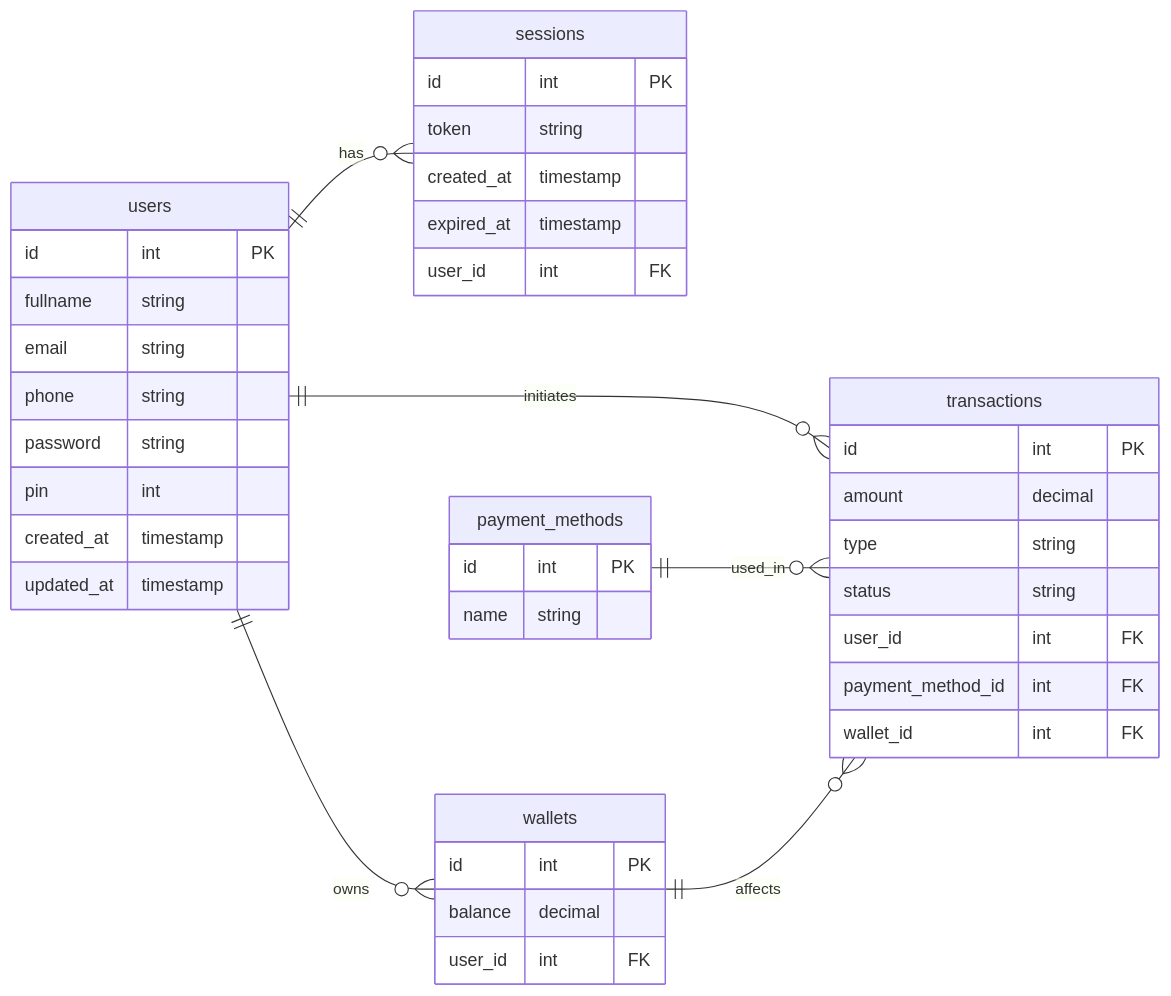
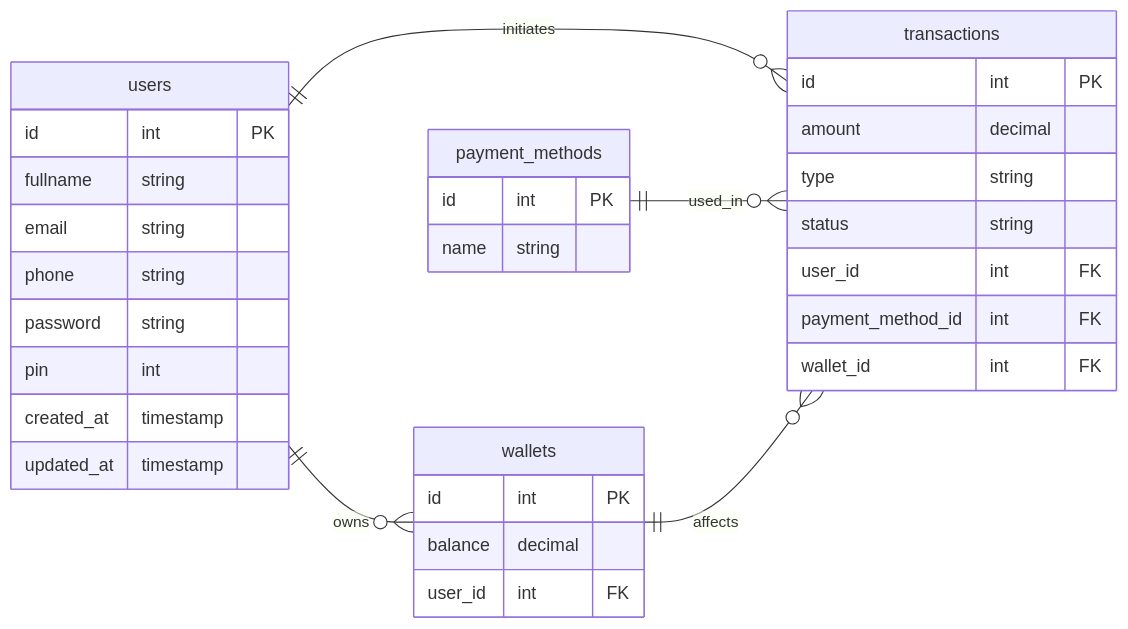
Before and after one commit to VsalCode/fgo24-be-weeklytask: the diagram in README.md, drawn with Mermaid. The commit also changed 4 other files, not shown here.

````diff
--- a/README.md
+++ b/README.md
@@ -5,49 +5,40 @@
   ```mermaid
   erDiagram
   direction LR
-  users ||--o{ sessions : "has"
   users ||--o{ wallets : "owns"
   users ||--o{ transactions : "initiates"
   payment_methods ||--o{ transactions : "used_in"
   wallets ||--o{ transactions : "affects"
 
   users {
     id int PK
     fullname string
     email string
     phone string
     password string
     pin int
     created_at timestamp
     updated_at timestamp
-  }
-
-  sessions {
-    id int PK
-    token string 
-    created_at timestamp
-    expired_at timestamp
-    user_id int FK
   }
 
   payment_methods {
     id int PK
     name string
   }
 
   wallets {
     id int PK
     balance decimal
     user_id int FK 
   }
 
   transactions {
     id int PK
     amount decimal
     type string
     status string
     user_id int FK
     payment_method_id int FK
     wallet_id int FK
   }
   ```
````
